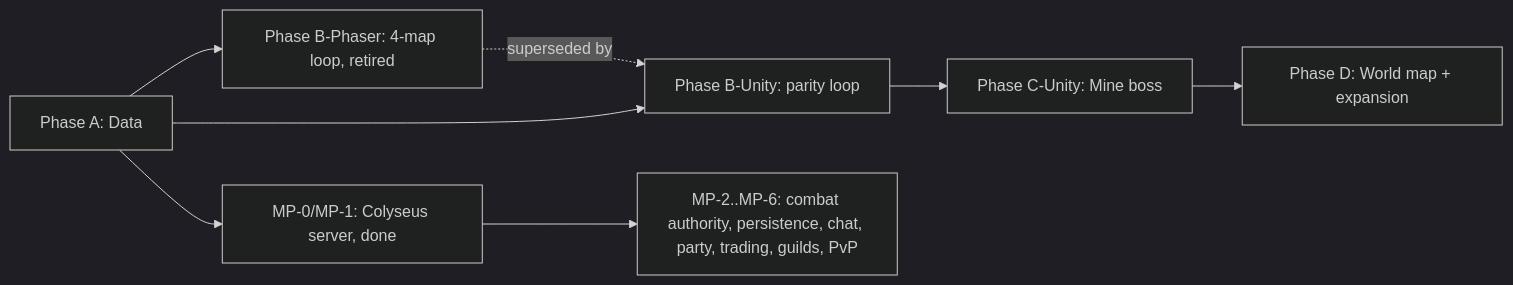
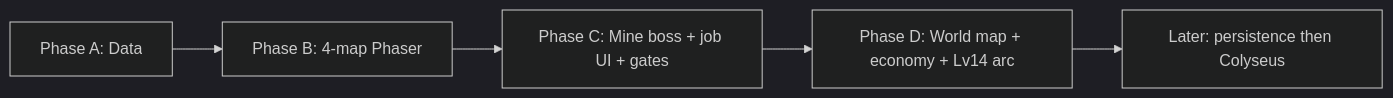
One commit to brennin0820/HearthVale changed the diagram in HearthVale/docs/ROADMAP.md. Above: the diagram before and after it, drawn with Mermaid (dark theme). The commit also changed other lines of this file and 92 other files, not shown here.

````diff
--- a/HearthVale/docs/ROADMAP.md
+++ b/HearthVale/docs/ROADMAP.md
@@ -334,10 +279,7 @@
 ```mermaid
 flowchart LR
-  A[Phase A: Data] --> BP[Phase B-Phaser: 4-map loop, retired]
-  BP -.superseded by.-> BU[Phase B-Unity: parity loop]
-  A --> BU
-  BU --> CU[Phase C-Unity: Mine boss]
-  CU --> D[Phase D: World map + expansion]
-  A --> MP0[MP-0/MP-1: Colyseus server, done]
-  MP0 --> S[MP-2..MP-6: combat authority, persistence, chat, party, trading, guilds, PvP]
+  A[Phase A: Data] --> B[Phase B: 4-map Phaser]
+  B --> C[Phase C: Mine boss + job UI + gates]
+  C --> D[Phase D: World map + economy + Lv14 arc]
+  D --> S[Later: persistence then Colyseus]
 ```
````
